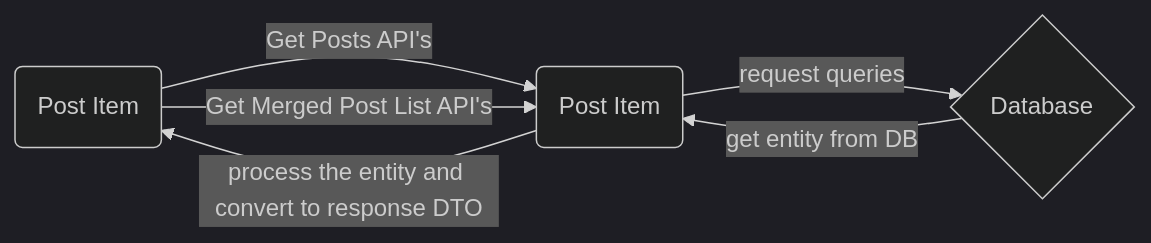
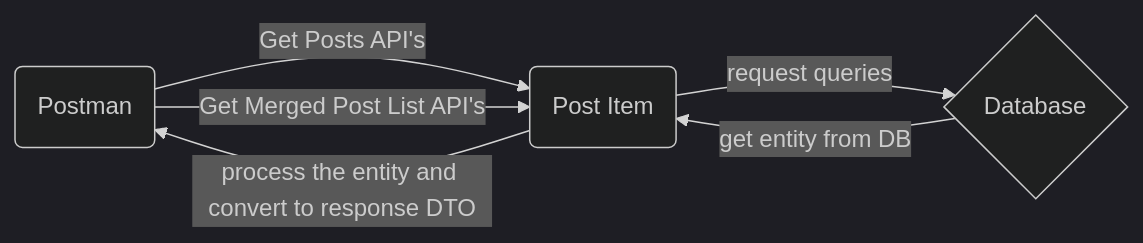
The diagram in README.md (ikbalrslan/socialmedia), drawn with Mermaid (dark theme) before and after one commit.

````diff
--- a/README.md
+++ b/README.md
@@ -5,8 +5,8 @@
 ```mermaid  
 graph LR  
 A[POSTMAN] -- Get Posts API's --> B(Post Item)  
 A -- Get Merged Post List API's--> B(Post Item)  
 D -- get entity from DB --> B(Post Item)  
-B -- process the entity and convert to response DTO --> A(Post Item)  
+B -- process the entity and convert to response DTO --> A(Postman)  
 B -- request queries --> D{Database}  
 ```
````
